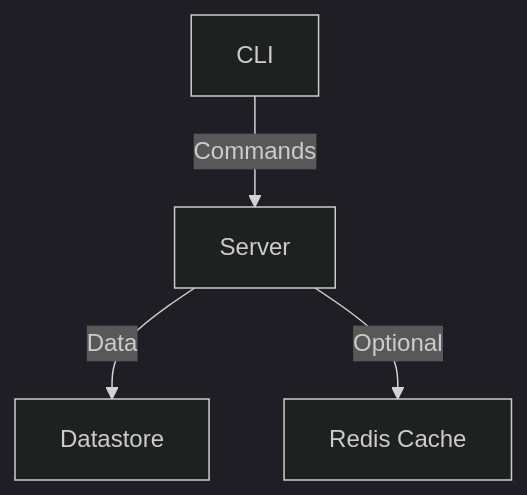
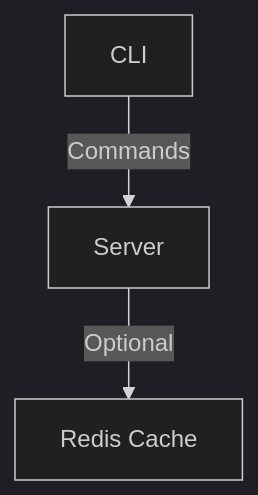
One commit to yindia/s3fs changed the diagram in README.md. Above: the diagram before and after it, drawn with Mermaid (dark theme). The commit also changed other lines of this file and 1 other file, not shown here.

````diff
--- a/README.md
+++ b/README.md
@@ -7,6 +7,5 @@
 ```mermaid
 graph TD;
     A[CLI] -->|Commands| B[Server]
-    B -->|Data| C[Datastore]
     B -->|Optional| D[Redis Cache]
 ```
````
